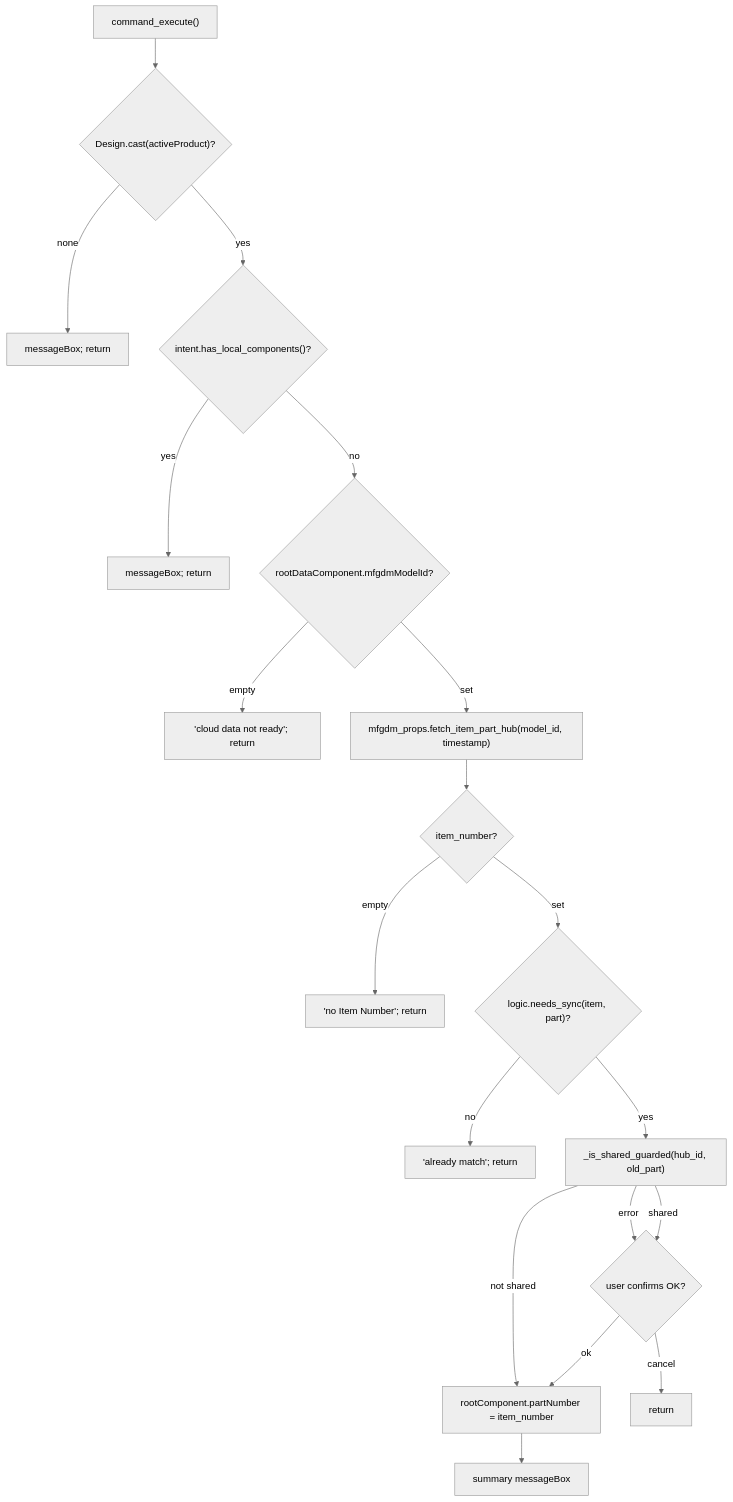
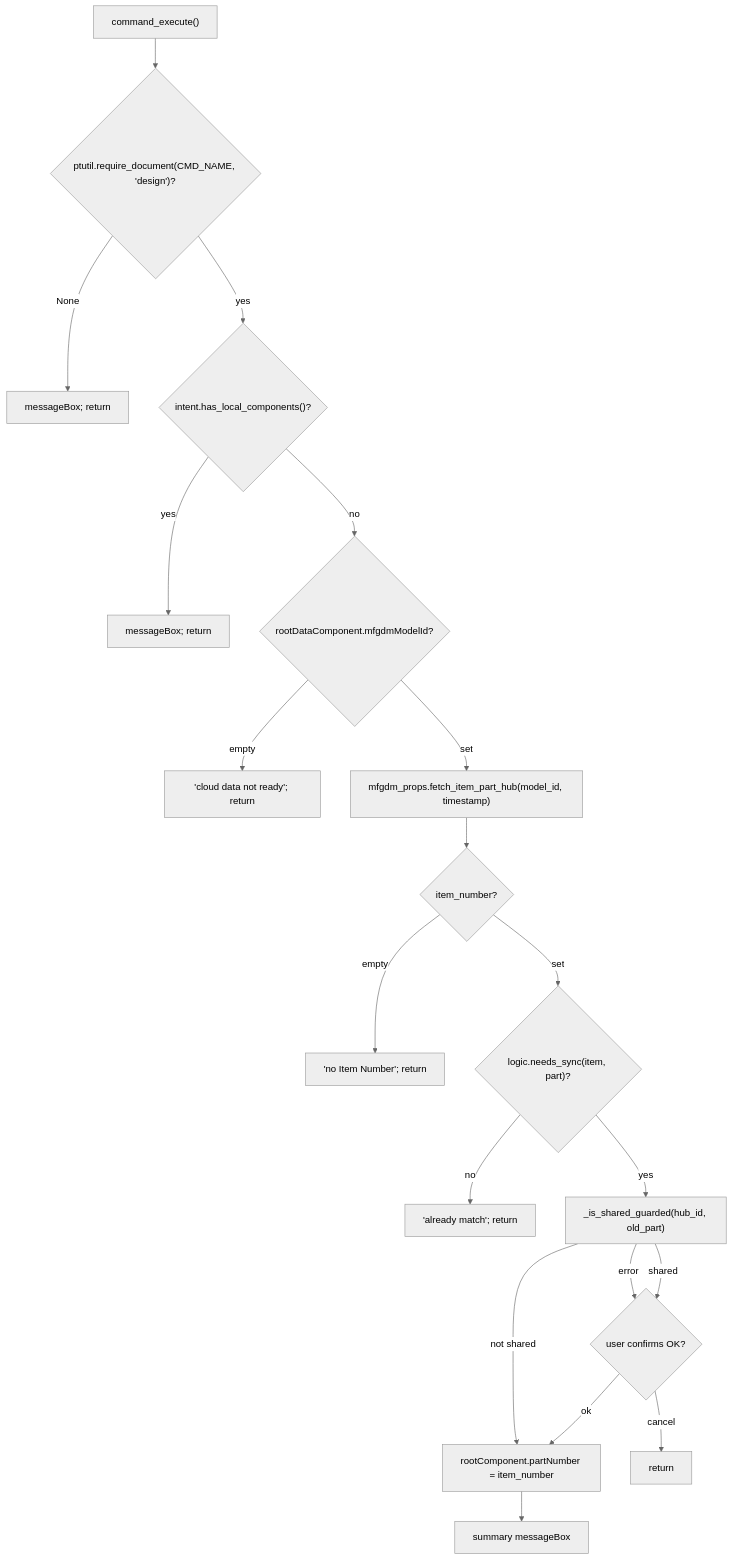
One commit to schneik80/PowerTools changed the diagram in docs/arch/Sync Item to Part Number.md. Above: the diagram before and after it, drawn with Mermaid (neutral theme). The commit also changed other lines of this file and 79 other files, not shown here.

````diff
--- a/docs/arch/Sync Item to Part Number.md
+++ b/docs/arch/Sync Item to Part Number.md
@@ -82,21 +82,21 @@
 ```mermaid
 flowchart TD
-    A["command_execute()"] --> B{"Design.cast(activeProduct)?"}
-    B -- none --> X1["messageBox; return"]
+    A["command_execute()"] --> B{"ptutil.require_document(CMD_NAME, 'design')?"}
+    B -- None --> X1["messageBox; return"]
     B -- yes --> C{"intent.has_local_components()?"}
     C -- yes --> X2["messageBox; return"]
     C -- no --> D{"rootDataComponent.mfgdmModelId?"}
     D -- empty --> X3["'cloud data not ready'; return"]
     D -- set --> E["mfgdm_props.fetch_item_part_hub(model_id, timestamp)"]
     E --> F{"item_number?"}
     F -- empty --> X4["'no Item Number'; return"]
     F -- set --> G{"logic.needs_sync(item, part)?"}
     G -- no --> X5["'already match'; return"]
     G -- yes --> H["_is_shared_guarded(hub_id, old_part)"]
     H -- error --> I
     H -- shared --> I{"user confirms OK?"}
     H -- not shared --> J
     I -- cancel --> X6["return"]
     I -- ok --> J["rootComponent.partNumber = item_number"]
     J --> K["summary messageBox"]
 ```
````
